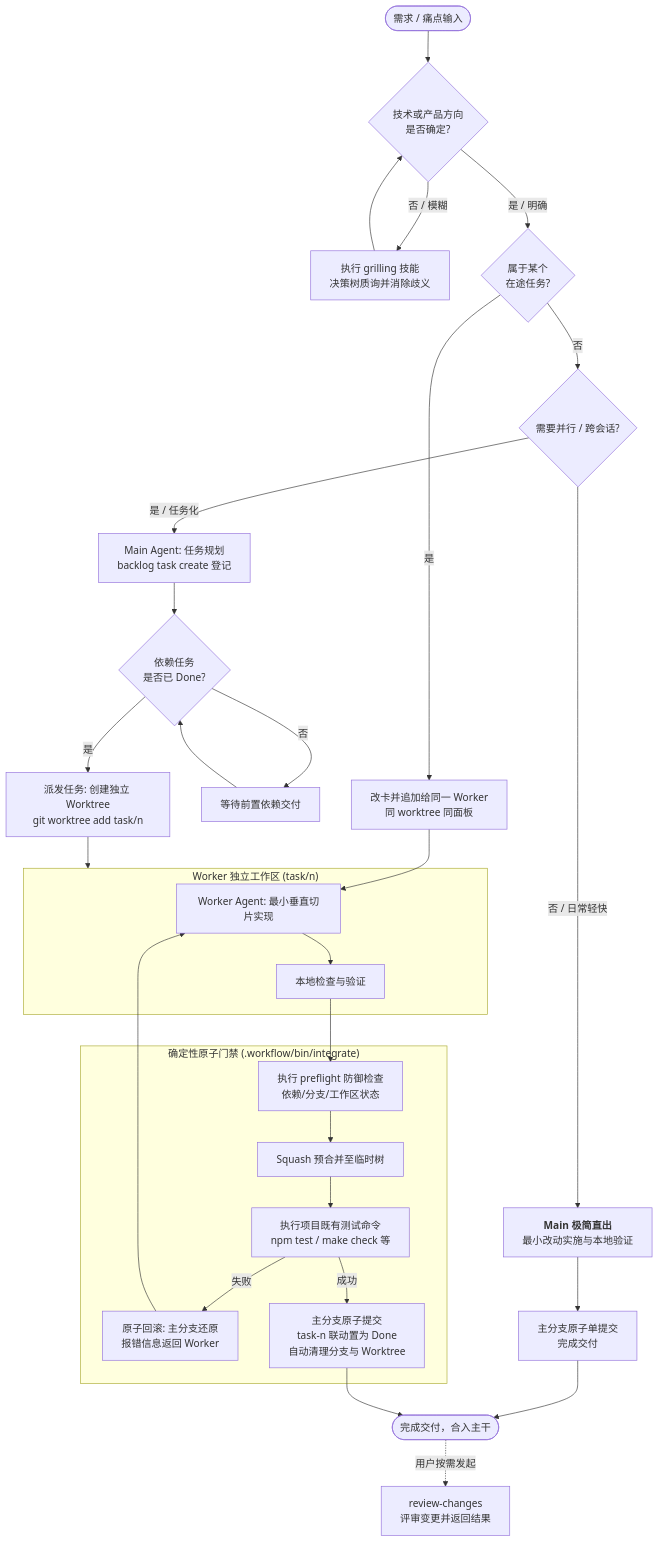
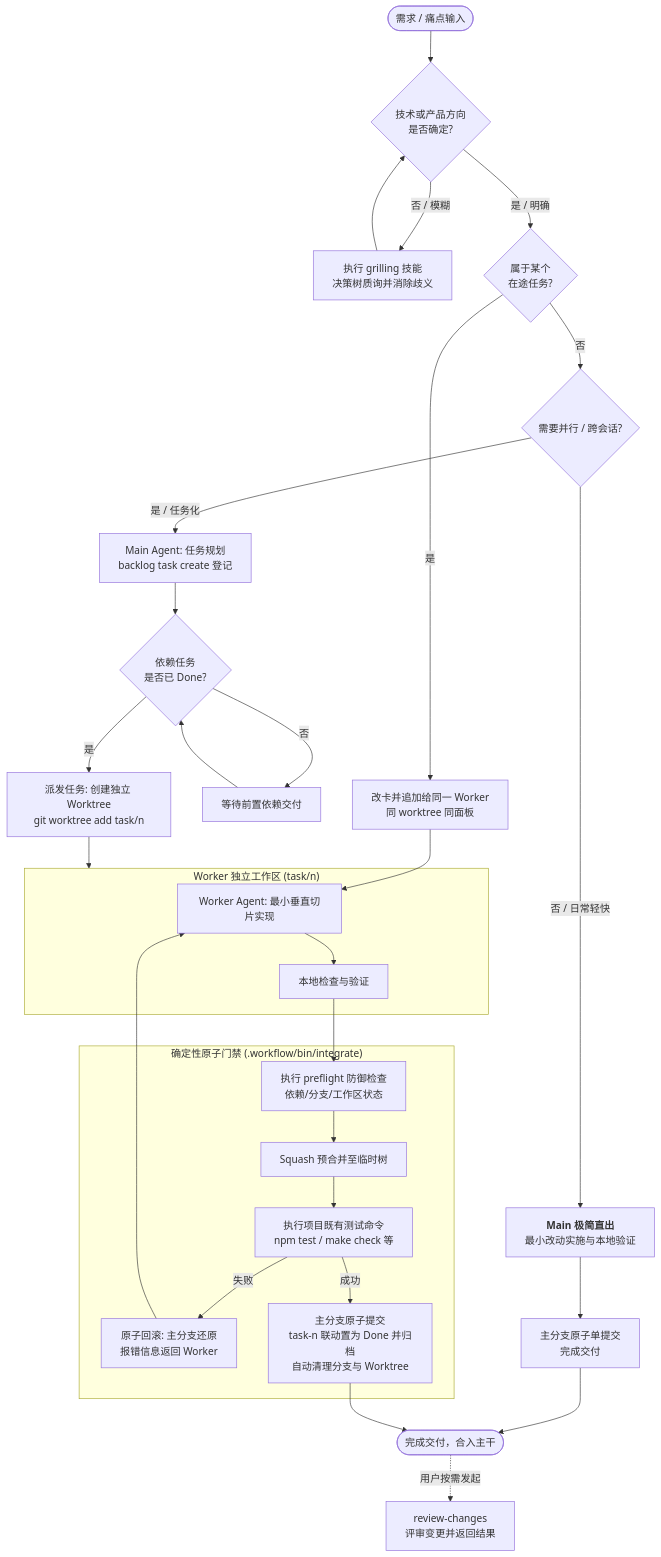
The second of 2 diagrams in README.md (shiguangwl/Loom-Workflow), drawn with Mermaid before and after one commit. The commit also changed 4 other files, not shown here.

````diff
--- a/README.md
+++ b/README.md
@@ -155,45 +155,45 @@
 ```mermaid
 flowchart TD
     Start([需求 / 痛点输入]) --> Clarify{技术或产品方向<br/>是否确定?}
 
     Clarify -- 否 / 模糊 --> Grill["执行 grilling 技能<br/>决策树质询并消除歧义"]
     Grill --> Clarify
 
     Clarify -- 是 / 明确 --> InFlight{属于某个<br/>在途任务?}
     InFlight -- 是 --> Append["改卡并追加给同一 Worker<br/>同 worktree 同面板"]
     Append --> Worker
     InFlight -- 否 --> ScopeCheck{需要并行 / 跨会话?}
 
     ScopeCheck -- 否 / 日常轻快 --> DirectMain["<b>Main 极简直出</b><br/>最小改动实施与本地验证"]
     DirectMain --> MainCommit["主分支原子单提交<br/>完成交付"]
     MainCommit --> End([完成交付，合入主干])
 
     ScopeCheck -- 是 / 任务化 --> Plan["Main Agent: 任务规划<br/>backlog task create 登记"]
     Plan --> CheckDep{依赖任务<br/>是否已 Done?}
     CheckDep -- 否 --> Wait["等待前置依赖交付"]
     Wait --> CheckDep
 
     CheckDep -- 是 --> Dispatch["派发任务: 创建独立 Worktree<br/>git worktree add task/n"]
 
     subgraph WorkerExecution ["Worker 独立工作区 (task/n)"]
         Worker["Worker Agent: 最小垂直切片实现"]
         WorkerTest["本地检查与验证"]
         Worker --> WorkerTest
     end
 
     Dispatch --> WorkerExecution
 
     WorkerTest --> Gate
 
     subgraph IntegrateGate ["确定性原子门禁 (.workflow/bin/integrate)"]
         Gate["执行 preflight 防御检查<br/>依赖/分支/工作区状态"]
         Gate --> Squash["Squash 预合并至临时树"]
         Squash --> RunCheck["执行项目既有测试命令<br/>npm test / make check 等"]
         RunCheck -- 失败 --> Rollback["原子回滚: 主分支还原<br/>报错信息返回 Worker"]
         Rollback --> Worker
-        RunCheck -- 成功 --> FinalCommit["主分支原子提交<br/>task-n 联动置为 Done<br/>自动清理分支与 Worktree"]
+        RunCheck -- 成功 --> FinalCommit["主分支原子提交<br/>task-n 联动置为 Done 并归档<br/>自动清理分支与 Worktree"]
     end
 
     FinalCommit --> End
     End -. 用户按需发起 .-> ReviewChanges["review-changes<br/>评审变更并返回结果"]
 ```
````
